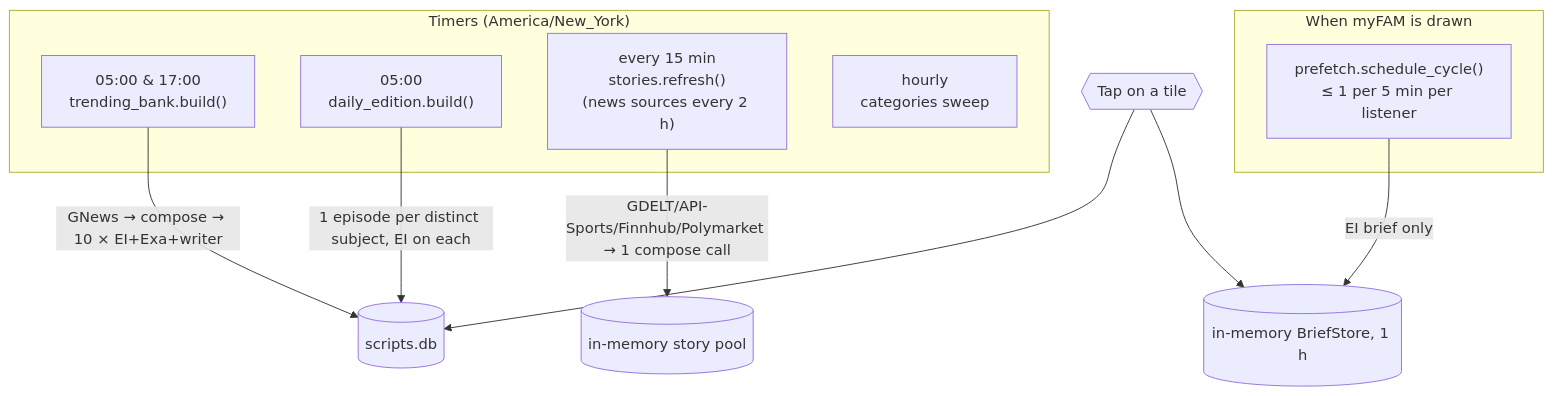
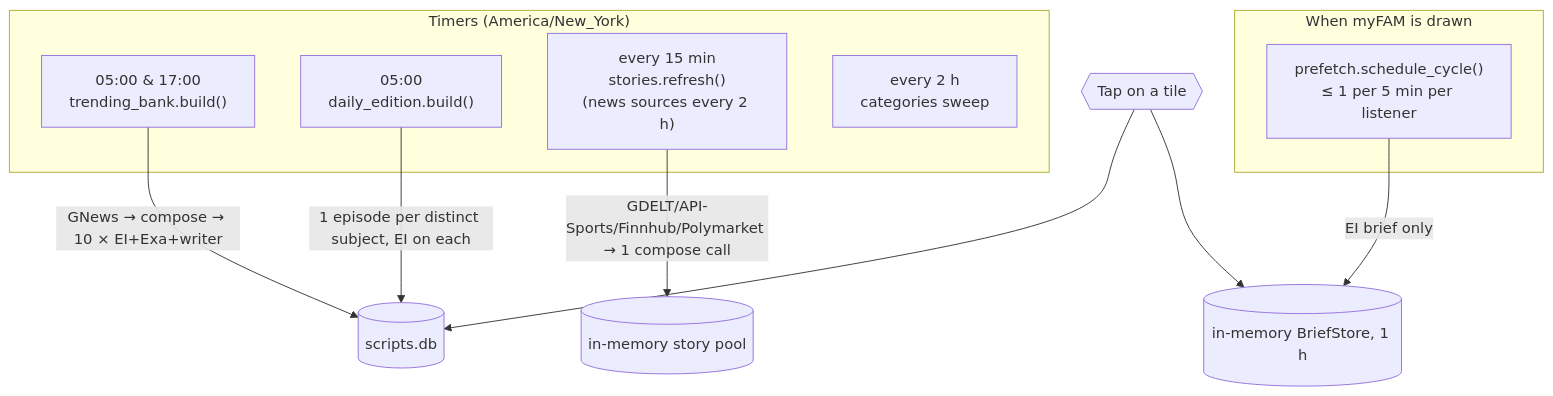
The third of 5 diagrams in docs/BACKEND.md (tjweingart-byte/FAM), drawn with Mermaid before and after one commit. The commit also changed other lines of this file and 6 other files, not shown here.

First line of the commit message:
Vocabulary sweep every two hours (§156)

````diff
--- a/docs/BACKEND.md
+++ b/docs/BACKEND.md
@@ -148,18 +148,18 @@
 ```mermaid
 flowchart TB
   subgraph Timers["Timers (America/New_York)"]
     T1["05:00 & 17:00<br/>trending_bank.build()"]
     T2["05:00<br/>daily_edition.build()"]
     T3["every 15 min<br/>stories.refresh()<br/>(news sources every 2 h)"]
-    T4["hourly<br/>categories sweep"]
+    T4["every 2 h<br/>categories sweep"]
   end
   subgraph OnView["When myFAM is drawn"]
     T5["prefetch.schedule_cycle()<br/>≤ 1 per 5 min per listener"]
   end
   T1 -->|GNews → compose → 10 × EI+Exa+writer| CACHE[(scripts.db)]
   T2 -->|1 episode per distinct subject, EI on each| CACHE
   T3 -->|GDELT/API-Sports/Finnhub/Polymarket → 1 compose call| POOL[(in-memory story pool)]
   T5 -->|EI brief only| BRIEFS[(in-memory BriefStore, 1 h)]
   TAP{{Tap on a tile}} --> CACHE
   TAP --> BRIEFS
 ```
````
